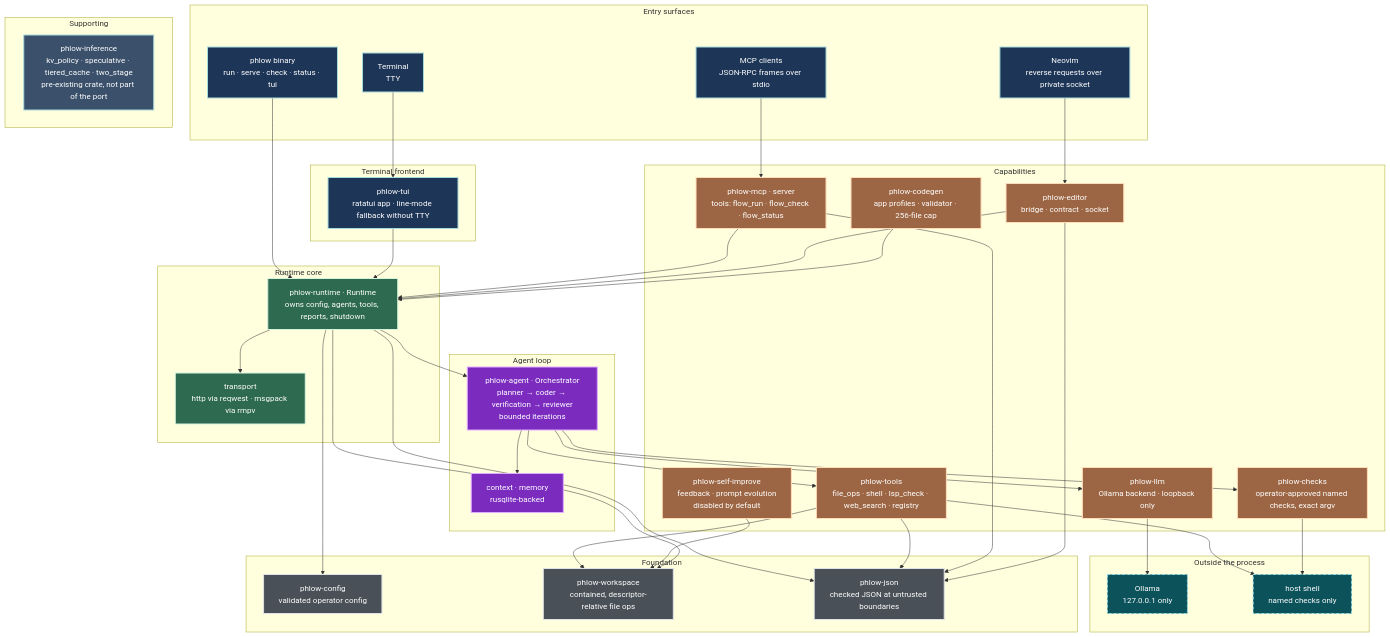
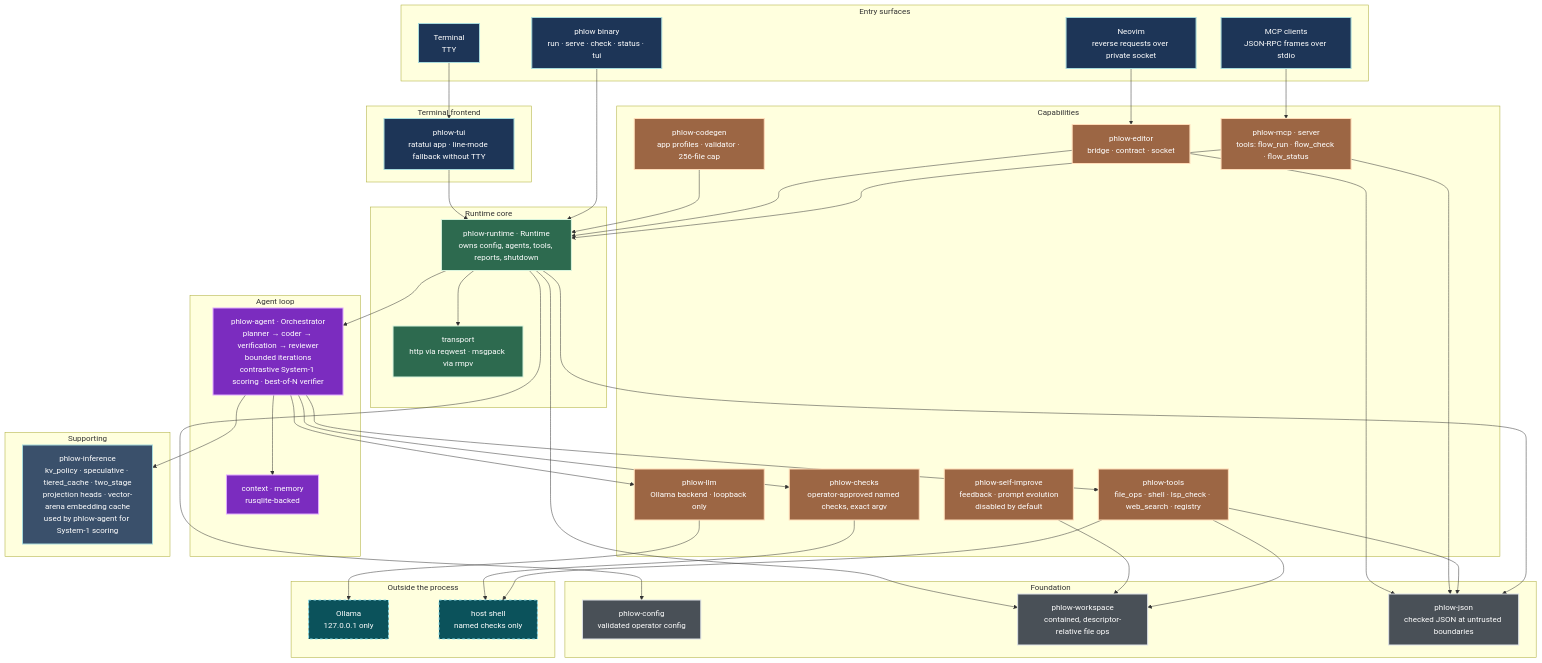
The first of 5 diagrams in docs/ARCHITECTURE.md (qompassai/phlow), drawn with Mermaid before and after one commit. The commit also changed other lines of this file, not shown here.

Commit message:
docs: ARCHITECTURE.md reflects the CLM integration (agent->inference edge, new modules)

```diff
--- a/docs/ARCHITECTURE.md
+++ b/docs/ARCHITECTURE.md
@@ -51,7 +51,7 @@
     end
 
     subgraph AGENTLOOP["Agent loop"]
-        ORCH["phlow-agent · Orchestrator<br/>planner → coder → verification → reviewer<br/>bounded iterations"]
+        ORCH["phlow-agent · Orchestrator<br/>planner → coder → verification → reviewer<br/>bounded iterations<br/>contrastive System-1 scoring · best-of-N verifier"]
         CTX["context · memory<br/>rusqlite-backed"]
     end
 
@@ -72,7 +72,7 @@
     end
 
     subgraph SUPPORT["Supporting"]
-        INF["phlow-inference<br/>kv_policy · speculative · tiered_cache · two_stage<br/>pre-existing crate, not part of the port"]
+        INF["phlow-inference<br/>kv_policy · speculative · tiered_cache · two_stage<br/>projection heads · vector-arena embedding cache<br/>used by phlow-agent for System-1 scoring"]
     end
 
     subgraph TUI["Terminal frontend"]
@@ -97,6 +97,7 @@
     ORCH --> LLM
     ORCH --> TOOLS
     ORCH --> CHECKS
+    ORCH --> INF
     LLM --> OLLAMA
     TOOLS --> WS
     TOOLS --> HOST
```
